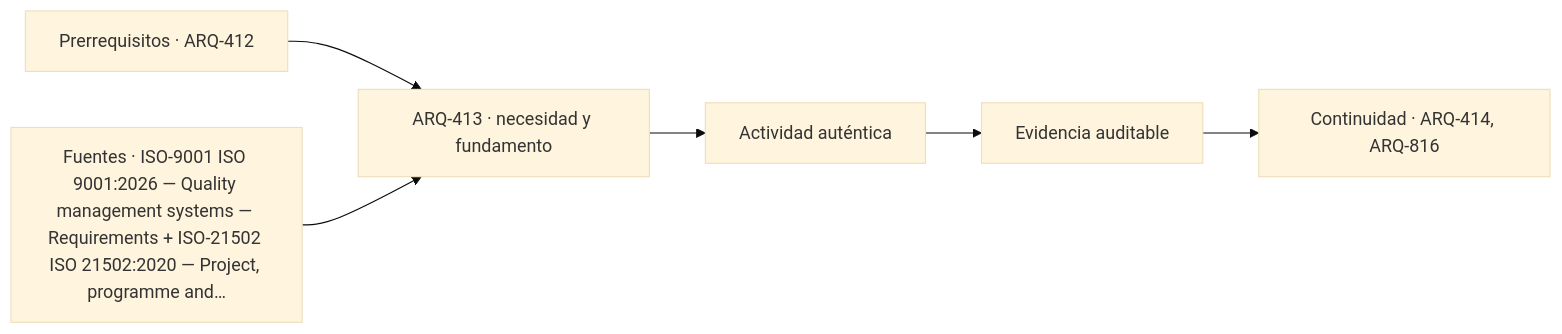
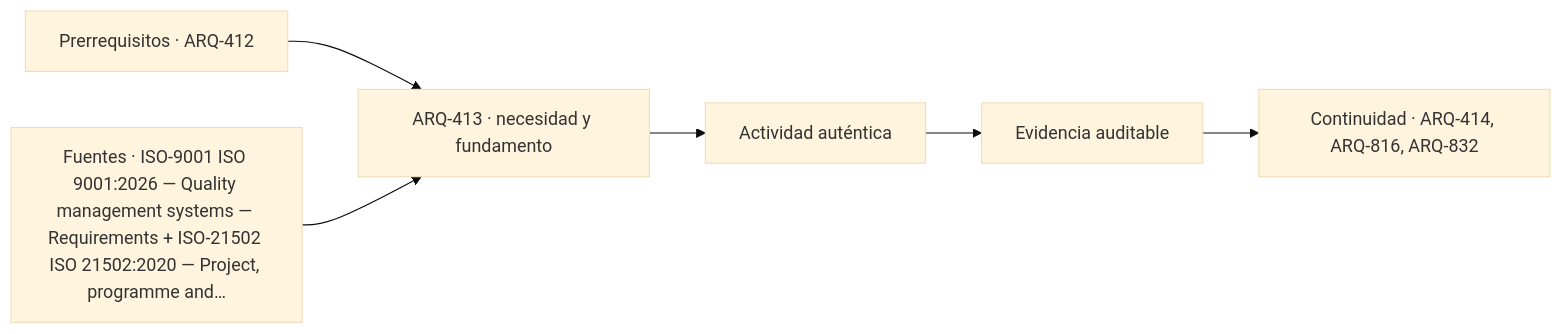
One commit to vladimiracunadev-create/architecture-built-environment-learning-program changed the diagram in classes/parte-42/ARQ-413.md. Above: the diagram before and after it, drawn with Mermaid (base theme). The commit also changed other lines of this file and 182 other files, not shown here.

````diff
--- a/classes/parte-42/ARQ-413.md
+++ b/classes/parte-42/ARQ-413.md
@@ -87,8 +87,8 @@
 ```mermaid
 flowchart LR
     A["Prerrequisitos · ARQ-412"] --> B["ARQ-413 · necesidad y fundamento"]
     S["Fuentes · ISO-9001 ISO 9001:2026 — Quality management systems — Requirements + ISO-21502 ISO 21502:2020 — Project, programme and…"] --> B
     B --> C["Actividad auténtica"]
     C --> D["Evidencia auditable"]
-    D --> E["Continuidad · ARQ-414, ARQ-816"]
+    D --> E["Continuidad · ARQ-414, ARQ-816, ARQ-832"]
 ```
````
